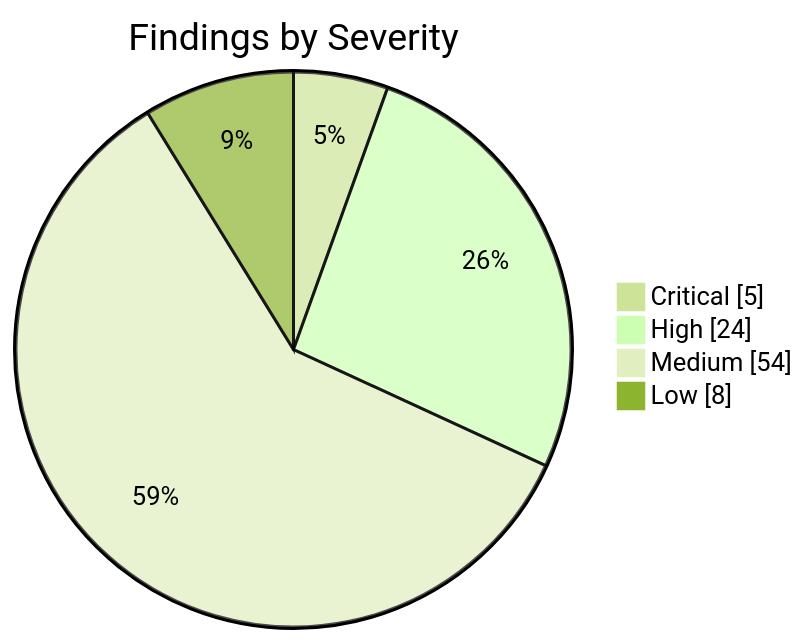
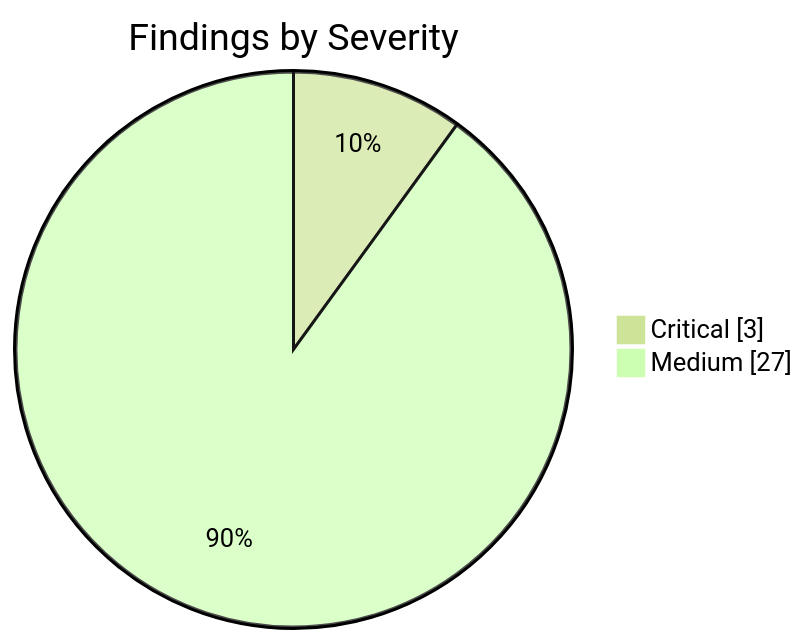
The first of 2 diagrams in apps/kbve/astro-kbve/src/content/docs/dashboard/security.mdx (KBVE/kbve), drawn with Mermaid (forest theme) before and after one commit. The commit also changed other lines of this file and 8 other files, not shown here.

````diff
--- a/apps/kbve/astro-kbve/src/content/docs/dashboard/security.mdx
+++ b/apps/kbve/astro-kbve/src/content/docs/dashboard/security.mdx
@@ -62,8 +62,6 @@
 ```mermaid
 pie showData
     title Findings by Severity
-    "Critical" : 5
-    "High" : 24
-    "Medium" : 54
-    "Low" : 8
+    "Critical" : 3
+    "Medium" : 27
 ```
````
